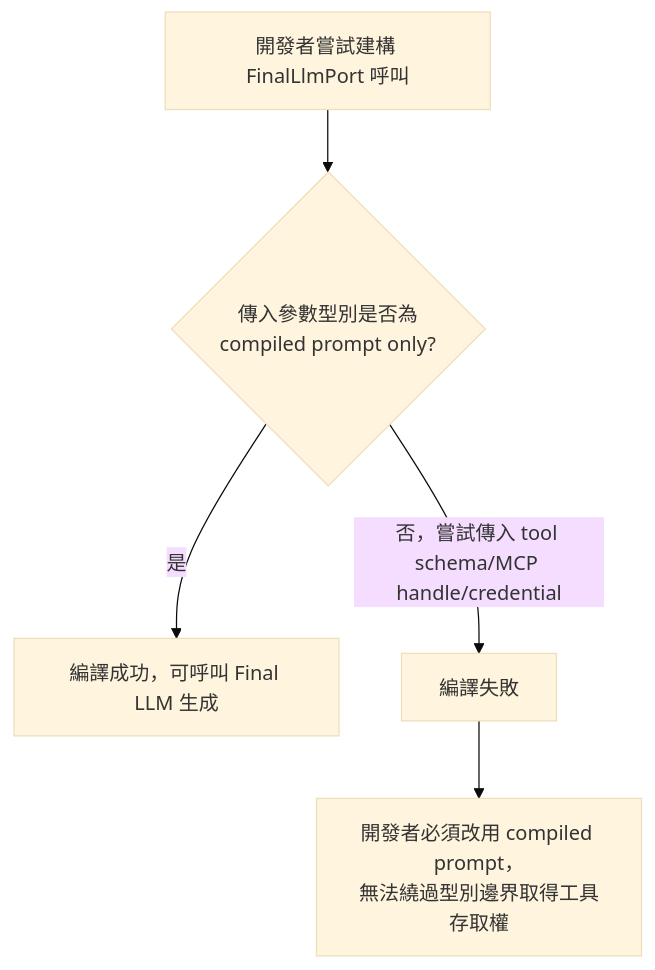
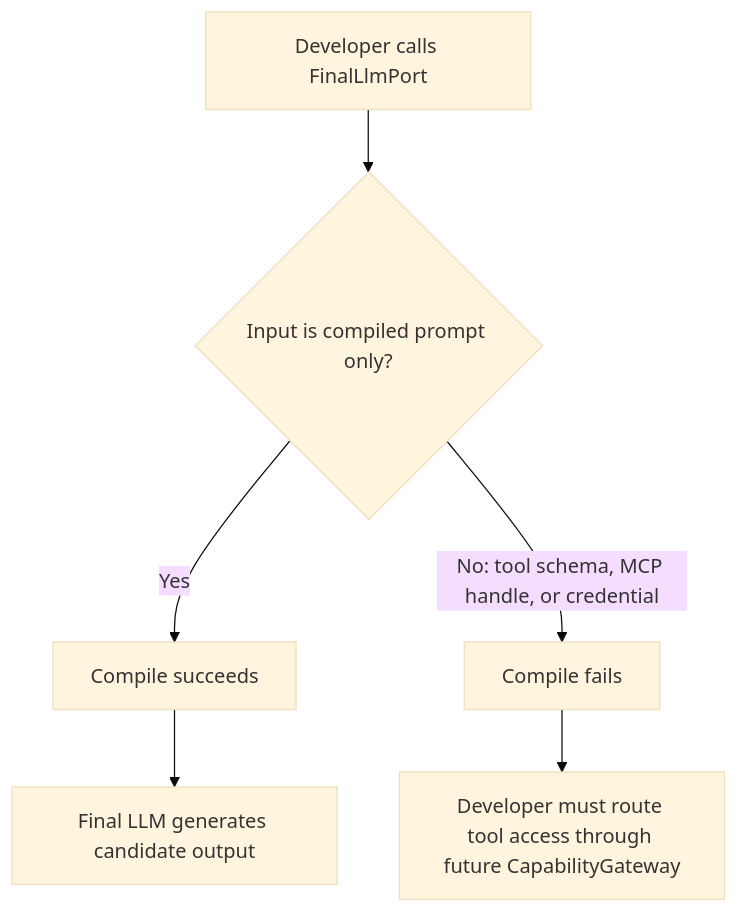
Before and after one commit to Chuliying/datacenter-agent: the diagram in docs/sprints/2026-07-02-sprint-1/evidence-pack-skillpackage-finalllmport/prd.md, drawn with Mermaid (base theme). The commit also changed other lines of this file and 3 other files, not shown here.

````diff
--- a/docs/sprints/2026-07-02-sprint-1/evidence-pack-skillpackage-finalllmport/prd.md
+++ b/docs/sprints/2026-07-02-sprint-1/evidence-pack-skillpackage-finalllmport/prd.md
@@ -84,7 +82,8 @@
 ```mermaid
 flowchart TD
-  A[開發者嘗試建構 FinalLlmPort 呼叫] --> B{傳入參數型別是否為\ncompiled prompt only?}
-  B -->|是| C[編譯成功，可呼叫 Final LLM 生成]
-  B -->|否，嘗試傳入 tool schema/MCP handle/credential| D[編譯失敗]
-  D --> E[開發者必須改用 compiled prompt，\n無法繞過型別邊界取得工具存取權]
+  A[Developer calls FinalLlmPort] --> B{Input is compiled prompt only?}
+  B -->|Yes| C[Compile succeeds]
+  C --> D[Final LLM generates candidate output]
+  B -->|No: tool schema, MCP handle, or credential| E[Compile fails]
+  E --> F[Developer must route tool access through future CapabilityGateway]
 ```
````
